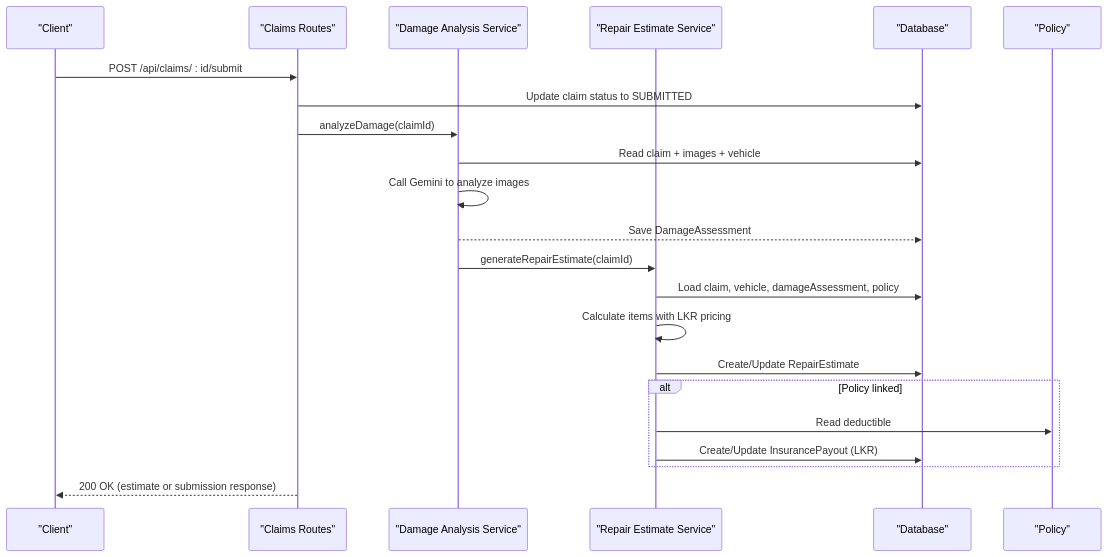
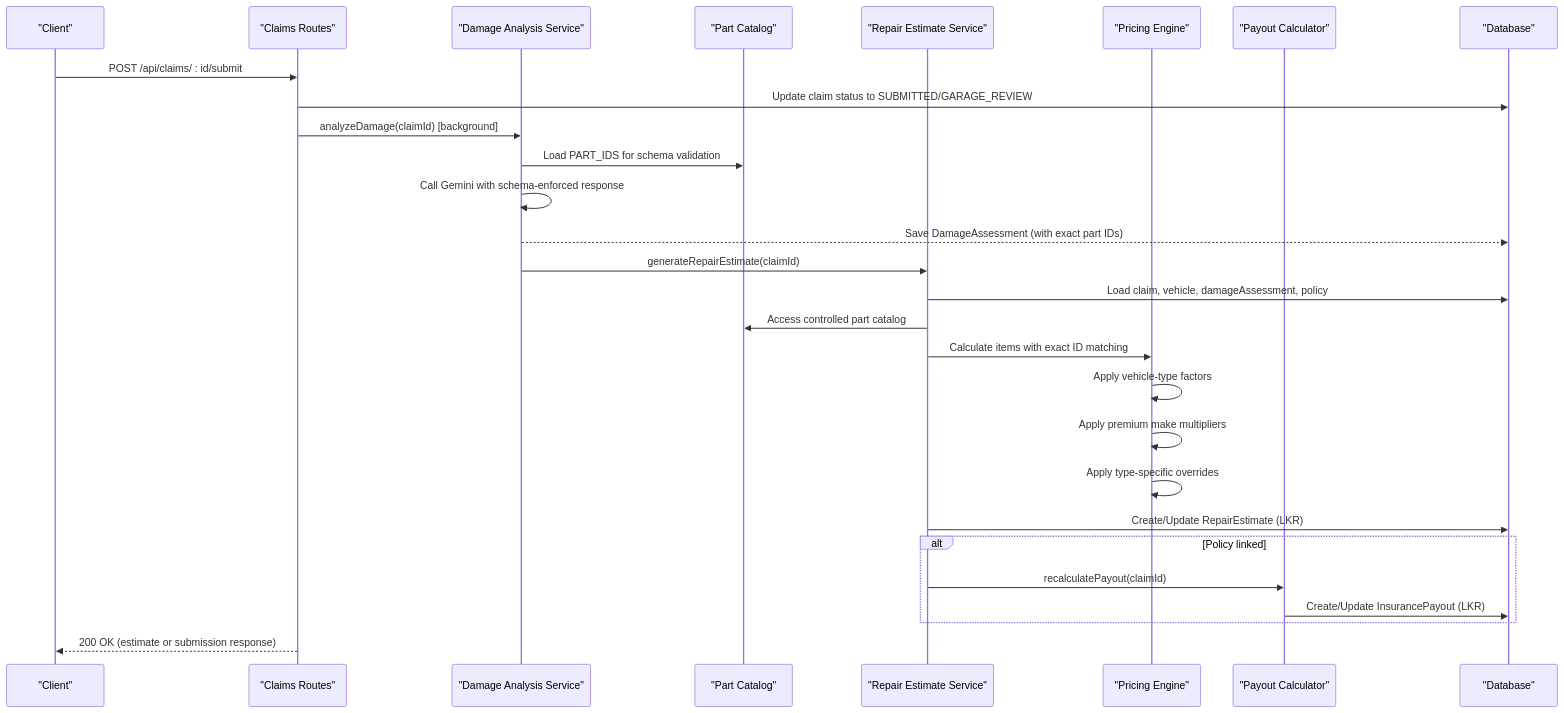
The second of 2 diagrams in .qoder/repowiki/en/content/Backend Documentation/Business Logic & Services/Repair Estimate Service.md (NaveenHiranya/Smart-Vehicle-Insurance-Claim-System), drawn with Mermaid before and after one commit. The commit also changed other lines of this file and 17 other files, not shown here.

````diff
--- a/.qoder/repowiki/en/content/Backend Documentation/Business Logic & Services/Repair Estimate Service.md
+++ b/.qoder/repowiki/en/content/Backend Documentation/Business Logic & Services/Repair Estimate Service.md
@@ -101,24 +117,30 @@
 ```mermaid
 sequenceDiagram
 participant Client as "Client"
 participant API as "Claims Routes"
 participant DA as "Damage Analysis Service"
+participant PC as "Part Catalog"
 participant RE as "Repair Estimate Service"
+participant PE as "Pricing Engine"
+participant PCalc as "Payout Calculator"
 participant DB as "Database"
-participant POL as "Policy"
 Client->>API : POST /api/claims/ : id/submit
-API->>DB : Update claim status to SUBMITTED
-API->>DA : analyzeDamage(claimId)
-DA->>DB : Read claim + images + vehicle
-DA->>DA : Call Gemini to analyze images
-DA-->>DB : Save DamageAssessment
+API->>DB : Update claim status to SUBMITTED/GARAGE_REVIEW
+API->>DA : analyzeDamage(claimId) [background]
+DA->>PC : Load PART_IDS for schema validation
+DA->>DA : Call Gemini with schema-enforced response
+DA-->>DB : Save DamageAssessment (with exact part IDs)
 DA->>RE : generateRepairEstimate(claimId)
 RE->>DB : Load claim, vehicle, damageAssessment, policy
-RE->>RE : Calculate items with LKR pricing
-RE->>DB : Create/Update RepairEstimate
+RE->>PC : Access controlled part catalog
+RE->>PE : Calculate items with exact ID matching
+PE->>PE : Apply vehicle-type factors
+PE->>PE : Apply premium make multipliers
+PE->>PE : Apply type-specific overrides
+RE->>DB : Create/Update RepairEstimate (LKR)
 alt Policy linked
-RE->>POL : Read deductible
-RE->>DB : Create/Update InsurancePayout (LKR)
+RE->>PCalc : recalculatePayout(claimId)
+PCalc->>DB : Create/Update InsurancePayout (LKR)
 end
 API-->>Client : 200 OK (estimate or submission response)
 ```
````
